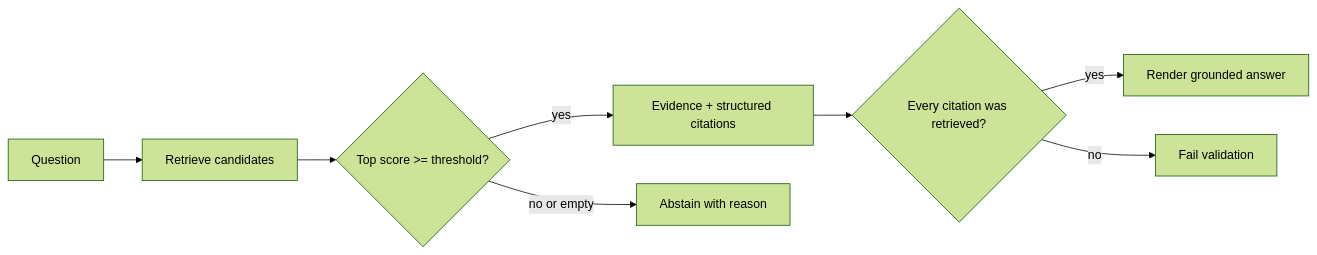
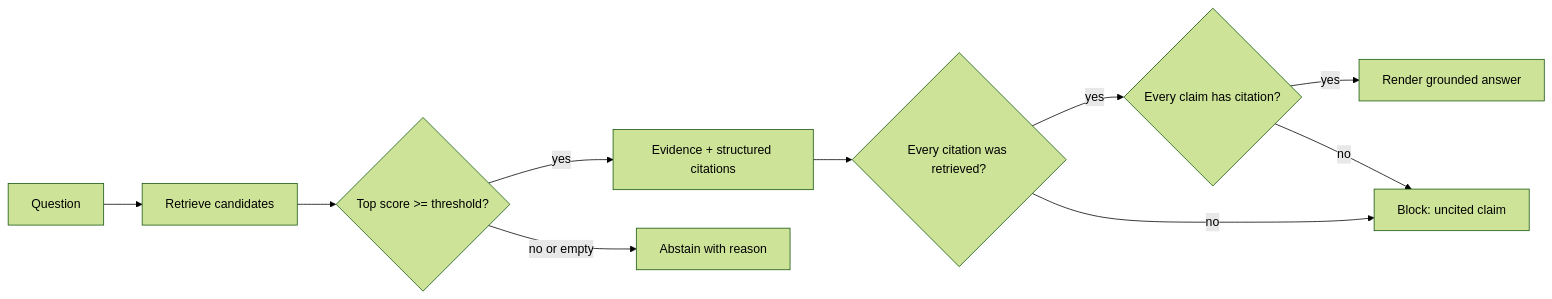
One commit to mahsa-teimourikia/awesome-rag changed the first of 2 diagrams in curriculum/beginner/04-citations-abstention/README.md. Above: the diagram before and after it, drawn with Mermaid (forest theme). The commit also changed other lines of this file and 14 other files, not shown here.

````diff
--- a/curriculum/beginner/04-citations-abstention/README.md
+++ b/curriculum/beginner/04-citations-abstention/README.md
@@ -25,10 +96,12 @@
 ```mermaid
 flowchart LR
   Q[Question] --> R[Retrieve candidates]
   R --> T{Top score >= threshold?}
   T -->|yes| E[Evidence + structured citations]
   E --> V{Every citation was retrieved?}
-  V -->|yes| A[Render grounded answer]
-  V -->|no| B[Fail validation]
+  V -->|yes| W{Every claim has citation?}
+  W -->|yes| A[Render grounded answer]
+  W -->|no| B[Block: uncited claim]
+  V -->|no| B
   T -->|no or empty| X[Abstain with reason]
 ```
````
